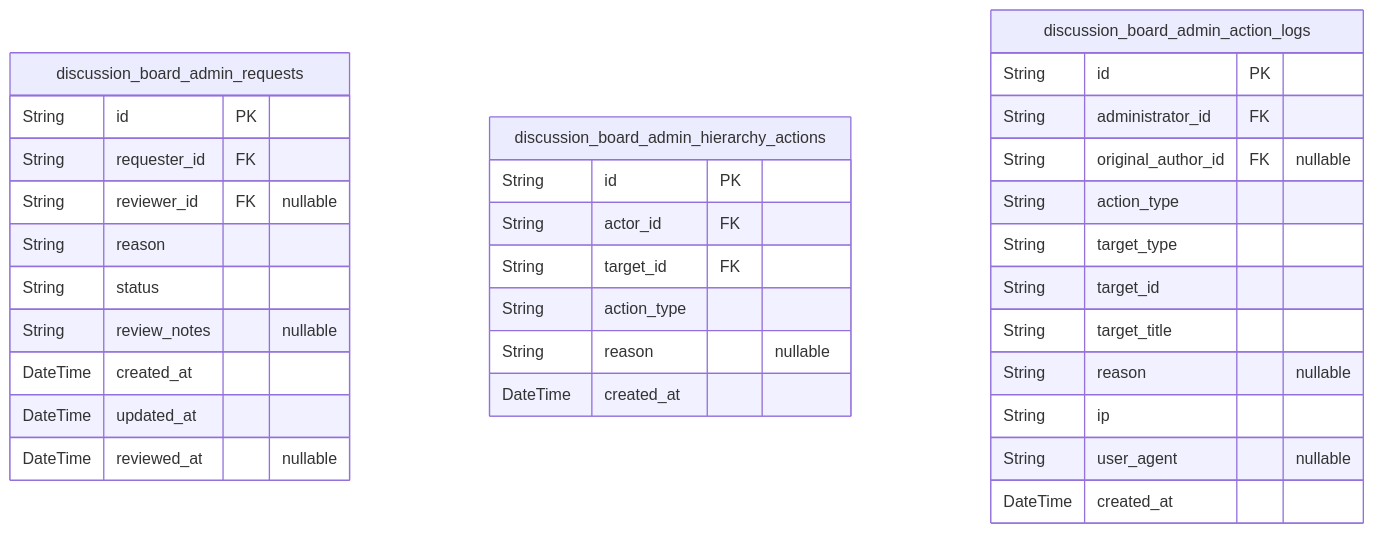
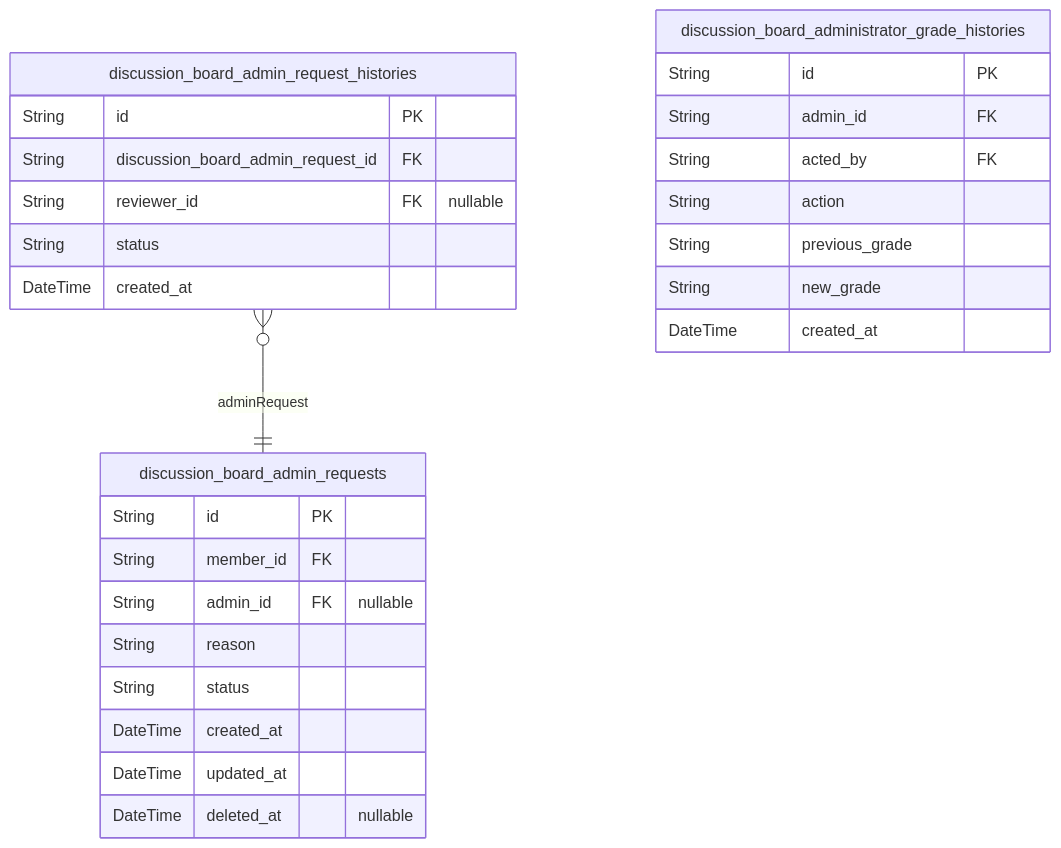
The fifth of 5 diagrams in z-ai/glm-5/bbs/docs/ERD.md (wrtnlabs/autobe-examples), drawn with Mermaid before and after one commit. The commit also changed other lines of this file and 17098 other files, not shown here.

````diff
--- a/z-ai/glm-5/bbs/docs/ERD.md
+++ b/z-ai/glm-5/bbs/docs/ERD.md
@@ -936,35 +824,30 @@
 ```mermaid
 erDiagram
 "discussion_board_admin_requests" {
   String id PK
-  String requester_id FK
-  String reviewer_id FK "nullable"
+  String member_id FK
+  String admin_id FK "nullable"
   String reason
   String status
-  String review_notes "nullable"
   DateTime created_at
   DateTime updated_at
-  DateTime reviewed_at "nullable"
+  DateTime deleted_at "nullable"
 }
-"discussion_board_admin_hierarchy_actions" {
+"discussion_board_admin_request_histories" {
   String id PK
-  String actor_id FK
-  String target_id FK
-  String action_type
-  String reason "nullable"
+  String discussion_board_admin_request_id FK
+  String reviewer_id FK "nullable"
+  String status
   DateTime created_at
 }
-"discussion_board_admin_action_logs" {
+"discussion_board_administrator_grade_histories" {
   String id PK
-  String administrator_id FK
-  String original_author_id FK "nullable"
-  String action_type
-  String target_type
-  String target_id
-  String target_title
-  String reason "nullable"
-  String ip
-  String user_agent "nullable"
+  String admin_id FK
+  String acted_by FK
+  String action
+  String previous_grade
+  String new_grade
   DateTime created_at
 }
+"discussion_board_admin_request_histories" }o--|| "discussion_board_admin_requests" : adminRequest
 ```
````
